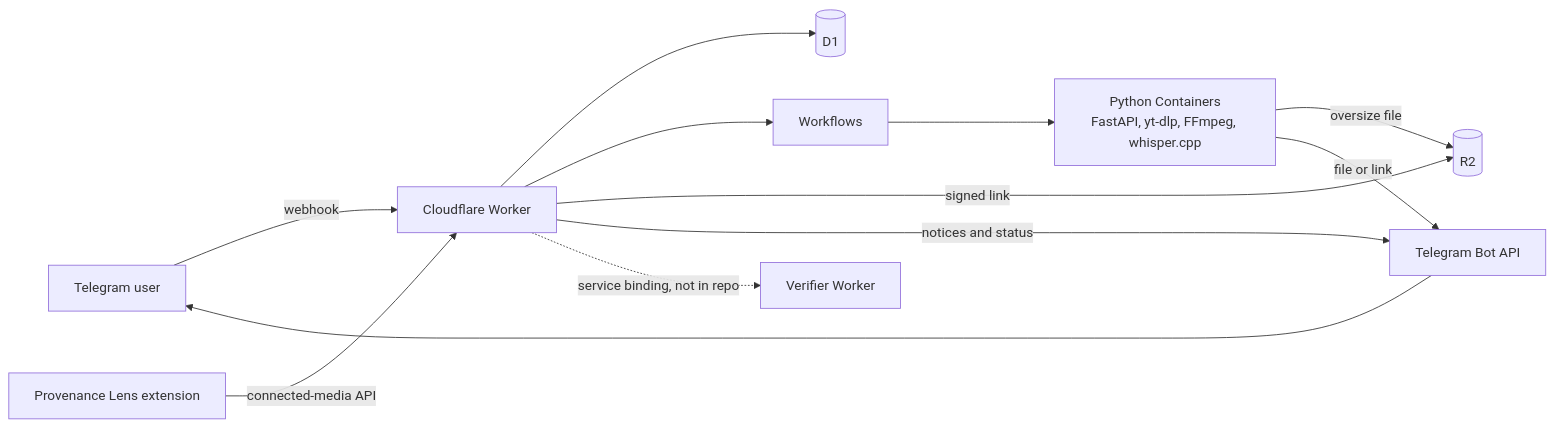
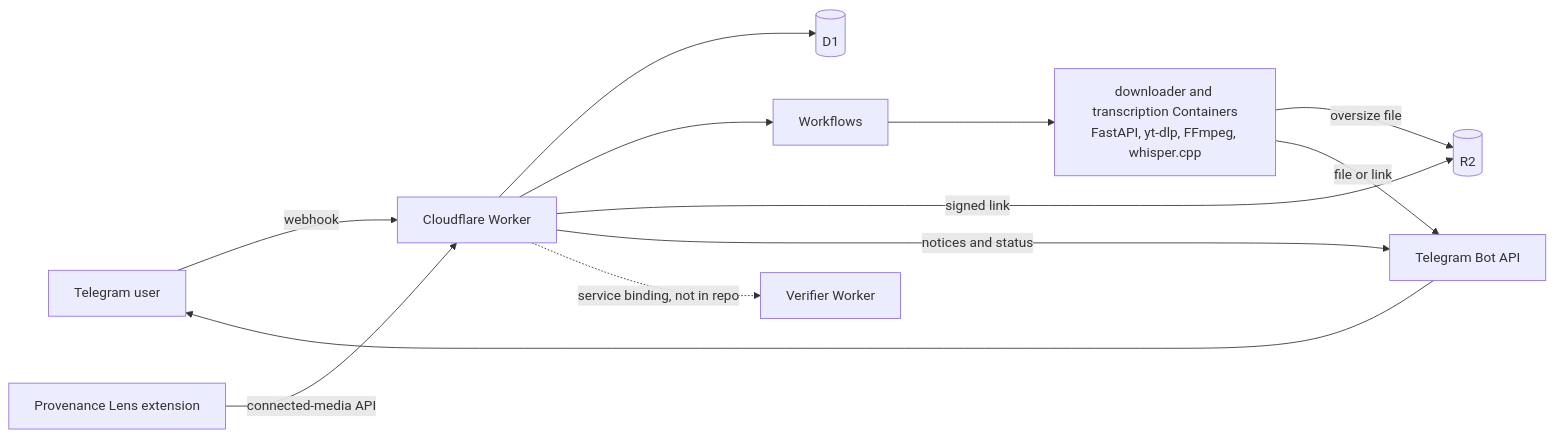
The diagram in README.md (Blimp3/digibot), drawn with Mermaid before and after one commit. The commit also changed other lines of this file, not shown here.

````diff
--- a/README.md
+++ b/README.md
@@ -41,14 +43,14 @@
 ```mermaid
 flowchart LR
   U["Telegram user"] -->|"webhook"| W["Cloudflare Worker"]
   L["Provenance Lens extension"] -->|"connected-media API"| W
   W --> D1[("D1")]
   W --> WF["Workflows"]
-  WF --> C["Python Containers<br/>FastAPI, yt-dlp, FFmpeg, whisper.cpp"]
+  WF --> C["downloader and transcription Containers<br/>FastAPI, yt-dlp, FFmpeg, whisper.cpp"]
   C -->|"oversize file"| R2[("R2")]
   W -->|"signed link"| R2
   W -->|"notices and status"| TG
   W -.->|"service binding, not in repo"| V["Verifier Worker"]
   C -->|"file or link"| TG["Telegram Bot API"]
   TG --> U
 ```
````
